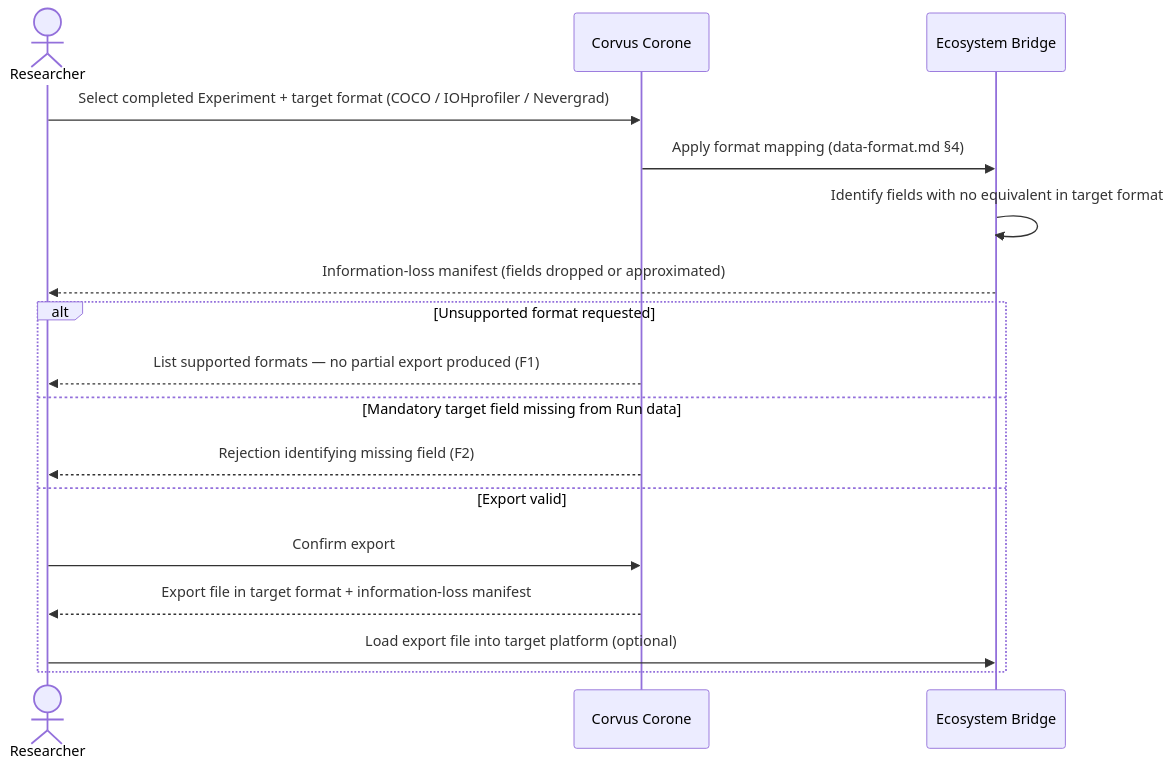
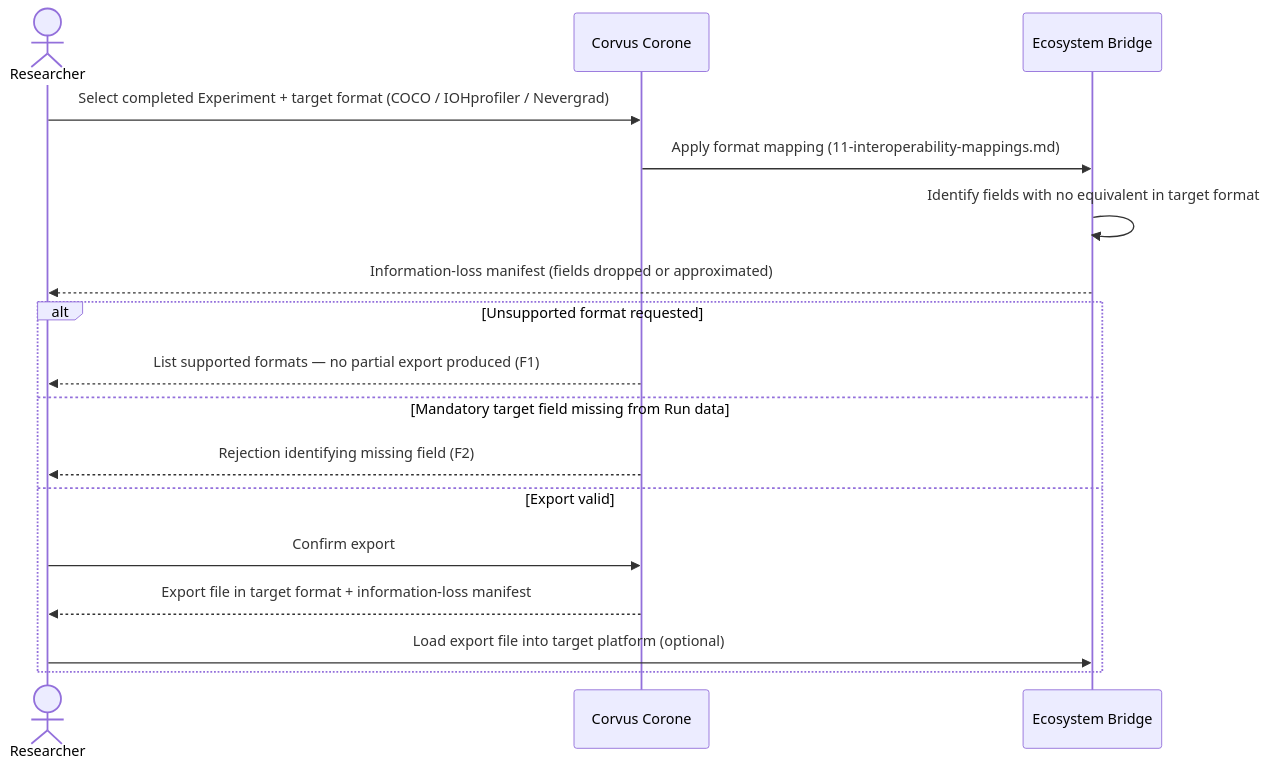
The diagram in docs/02-design/01-software-requirement-specification/02-use-cases/07-uc-06.md (jedrzejpolaczek/aviarium.corvidae.corvus_corone), drawn with Mermaid before and after one commit. The commit also changed other lines of this file and 173 other files, not shown here.

````diff
--- a/docs/02-design/01-software-requirement-specification/02-use-cases/07-uc-06.md
+++ b/docs/02-design/01-software-requirement-specification/02-use-cases/07-uc-06.md
@@ -11,21 +11,21 @@
 ```mermaid
 sequenceDiagram
     actor Researcher
     participant System as Corvus Corone
     participant Bridge as Ecosystem Bridge
 
     Researcher->>System: Select completed Experiment + target format (COCO / IOHprofiler / Nevergrad)
-    System->>Bridge: Apply format mapping (data-format.md §4)
+    System->>Bridge: Apply format mapping (11-interoperability-mappings.md)
     Bridge->>Bridge: Identify fields with no equivalent in target format
     Bridge-->>Researcher: Information-loss manifest (fields dropped or approximated)
 
     alt Unsupported format requested
         System-->>Researcher: List supported formats — no partial export produced (F1)
     else Mandatory target field missing from Run data
         System-->>Researcher: Rejection identifying missing field (F2)
     else Export valid
         Researcher->>System: Confirm export
         System-->>Researcher: Export file in target format + information-loss manifest
         Researcher->>Bridge: Load export file into target platform (optional)
     end
 ```
````
